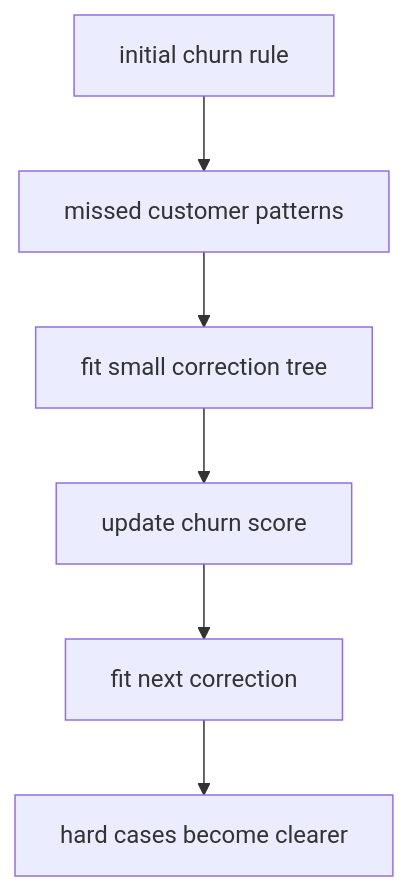
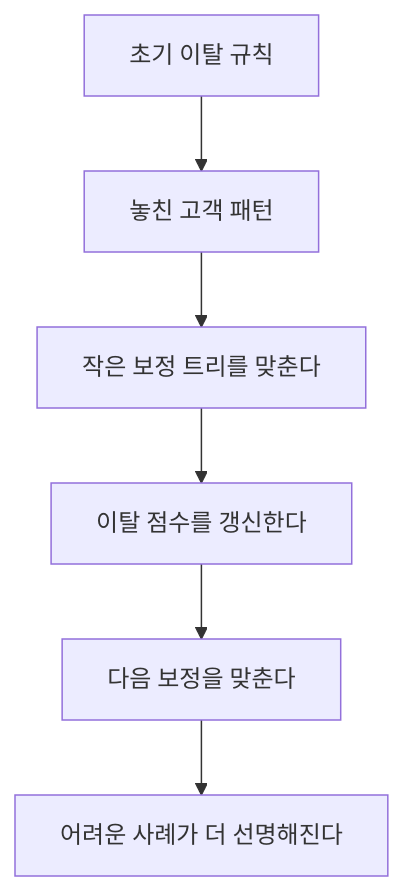
Before and after one commit to devchan64/AiBook: the diagram in docs/assets/part-04/chapter-16/p4-16-1-mermaid-03-ko.mmd, drawn with Mermaid. The commit also changed 279 other files, not shown here.

Commit message:
Localize Part 4 Korean and Chinese diagrams

```diff
--- a/docs/assets/part-04/chapter-16/p4-16-1-mermaid-03-ko.mmd
+++ b/docs/assets/part-04/chapter-16/p4-16-1-mermaid-03-ko.mmd
@@ -1,9 +1,9 @@
 flowchart TD
-  A["initial churn rule"]
-  B["missed customer patterns"]
-  C["fit small correction tree"]
-  D["update churn score"]
-  E["fit next correction"]
-  F["hard cases become clearer"]
+  A["초기 이탈 규칙"]
+  B["놓친 고객 패턴"]
+  C["작은 보정 트리를 맞춘다"]
+  D["이탈 점수를 갱신한다"]
+  E["다음 보정을 맞춘다"]
+  F["어려운 사례가 더 선명해진다"]
 
   A --> B --> C --> D --> E --> F
```
